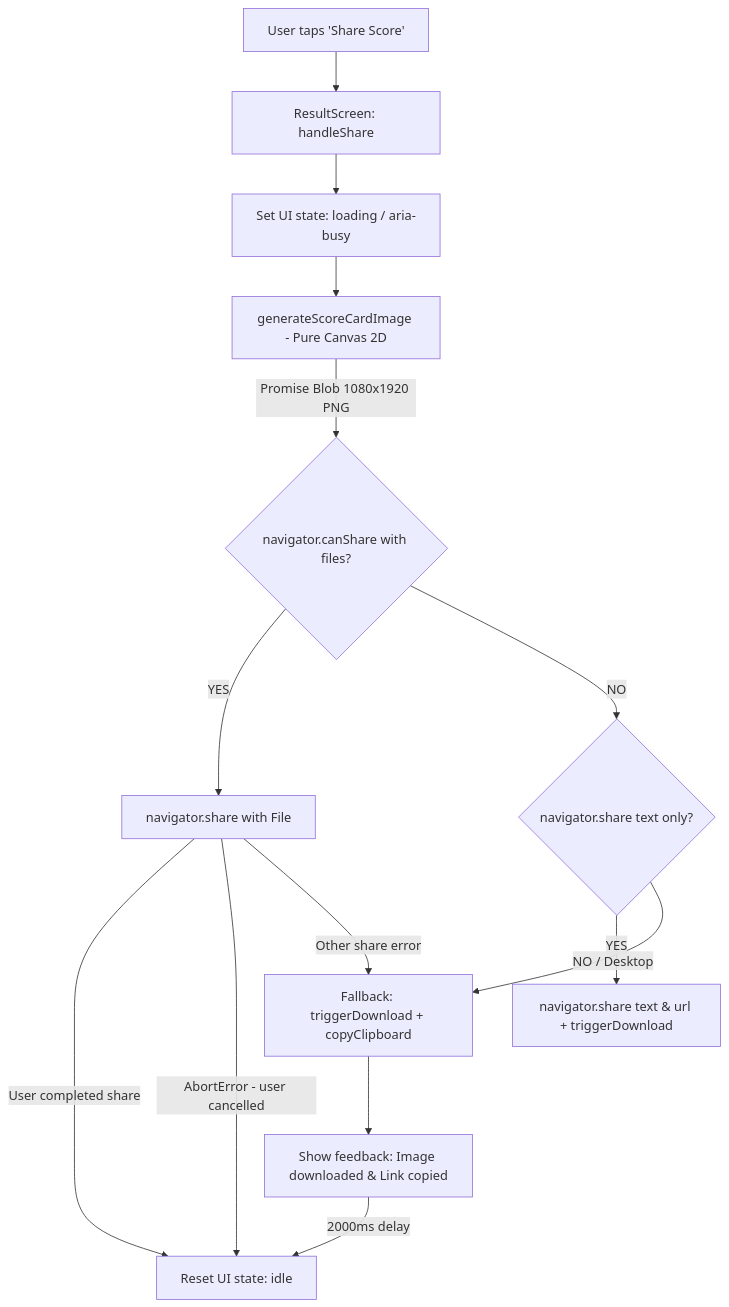
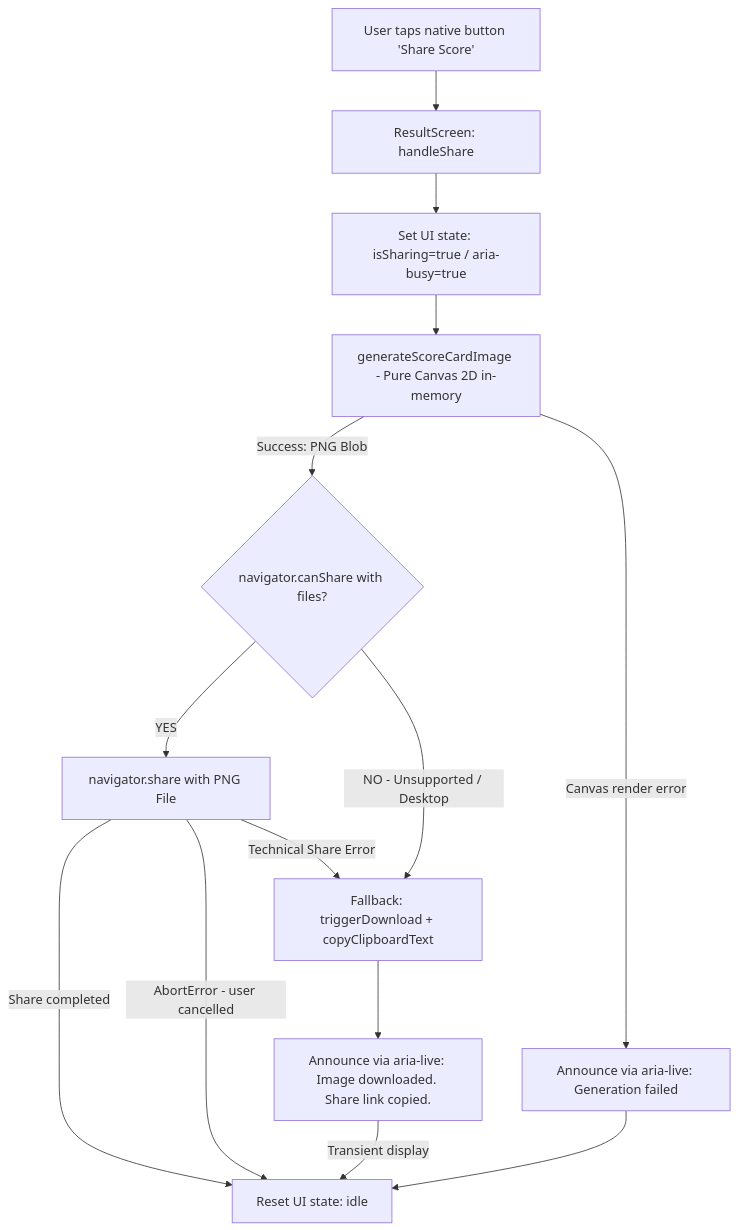
The diagram in specs/002-growth-share/plan.md (Kreesten-hsh/SLEEPMAXX), drawn with Mermaid before and after one commit. The commit also changed other lines of this file and 4 other files, not shown here.

Commit message:
docs(specs): calibrate performance targets, clarify sharing cascade, and enforce native button a11y

````diff
--- a/specs/002-growth-share/plan.md
+++ b/specs/002-growth-share/plan.md
@@ -39,16 +39,16 @@
 ```mermaid
 flowchart TD
-    A[User taps 'Share Score'] --> B[ResultScreen: handleShare]
-    B --> C[Set UI state: loading / aria-busy]
-    C --> D[generateScoreCardImage - Pure Canvas 2D]
-    D -->|Promise Blob 1080x1920 PNG| E{navigator.canShare with files?}
-    E -->|YES| F[navigator.share with File]
-    F -->|User completed share| G[Reset UI state: idle]
+    A[User taps native button 'Share Score'] --> B[ResultScreen: handleShare]
+    B --> C[Set UI state: isSharing=true / aria-busy=true]
+    C --> D[generateScoreCardImage - Pure Canvas 2D in-memory]
+    D -->|Success: PNG Blob| E{navigator.canShare with files?}
+    E -->|YES| F[navigator.share with PNG File]
+    F -->|Share completed| G[Reset UI state: idle]
     F -->|AbortError - user cancelled| G
-    F -->|Other share error| H[Fallback: triggerDownload + copyClipboard]
-    E -->|NO| I{navigator.share text only?}
-    I -->|YES| J[navigator.share text & url + triggerDownload]
-    I -->|NO / Desktop| H
-    H --> K[Show feedback: Image downloaded & Link copied]
-    K -->|2000ms delay| G
+    F -->|Technical Share Error| H[Fallback: triggerDownload + copyClipboardText]
+    E -->|NO - Unsupported / Desktop| H
+    H --> I[Announce via aria-live: Image downloaded. Share link copied.]
+    I -->|Transient display| G
+    D -->|Canvas render error| J[Announce via aria-live: Generation failed]
+    J --> G
 ```
````
